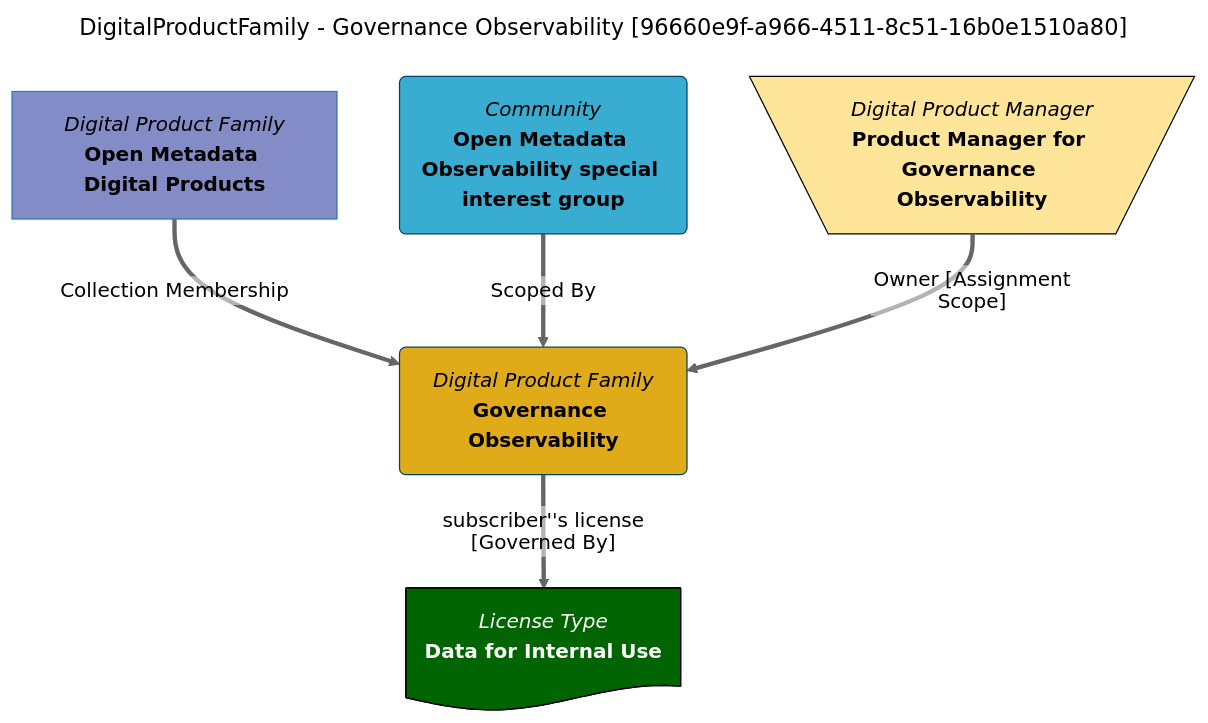
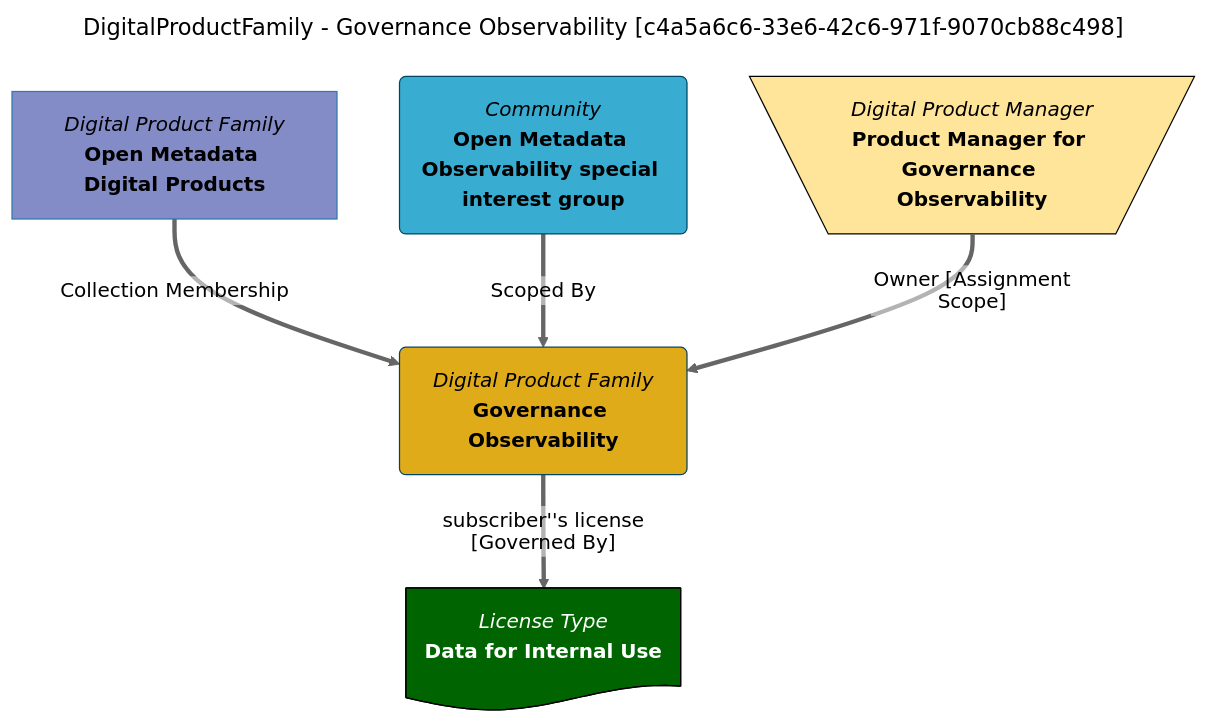
The diagram in site/snippets/collections/digital-products/governance-observability-mermaid-graph.md (odpi/egeria-docs), drawn with Mermaid (neutral theme) before and after one commit. The commit also changed 2201 other files, not shown here.

````diff
--- a/site/snippets/collections/digital-products/governance-observability-mermaid-graph.md
+++ b/site/snippets/collections/digital-products/governance-observability-mermaid-graph.md
@@ -1,27 +1,27 @@
 ```mermaid
 ---
-title: DigitalProductFamily - Governance Observability [96660e9f-a966-4511-8c51-16b0e1510a80]
+title: DigitalProductFamily - Governance Observability [c4a5a6c6-33e6-42c6-971f-9070cb88c498]
 ---
 flowchart TD
 %%{init: {"flowchart": {"htmlLabels": false}} }%%
 
 1@{ shape: rounded, label: "*Digital Product Family*
 **Governance Observability**"}
 2@{ shape: rect, label: "*Digital Product Family*
 **Open Metadata Digital Products**"}
 2==>|"Collection Membership"|1
 3@{ shape: rounded, label: "*Community*
 **Open Metadata Observability special interest group**"}
 3==>|"Scoped By"|1
 4@{ shape: trap-t, label: "*Digital Product Manager*
 **Product Manager for Governance Observability**"}
 4==>|"Owner [Assignment Scope]"|1
 5@{ shape: doc, label: "*License Type*
 **Data for Internal Use**"}
 1==>|"subscriber''s license [Governed By]"|5
 style 1 color:#000000, fill:#e0ab18, stroke:#004563
 style 2 color:#000000, fill:#838cc7, stroke:#3079ab
 style 3 color:#000000, fill:#39add1, stroke:#004563
 style 4 color:#000000, fill:#FFE599, stroke:#000000
 style 5 color:#FFFFFF, fill:#006400, stroke:#000000
 ```
````
